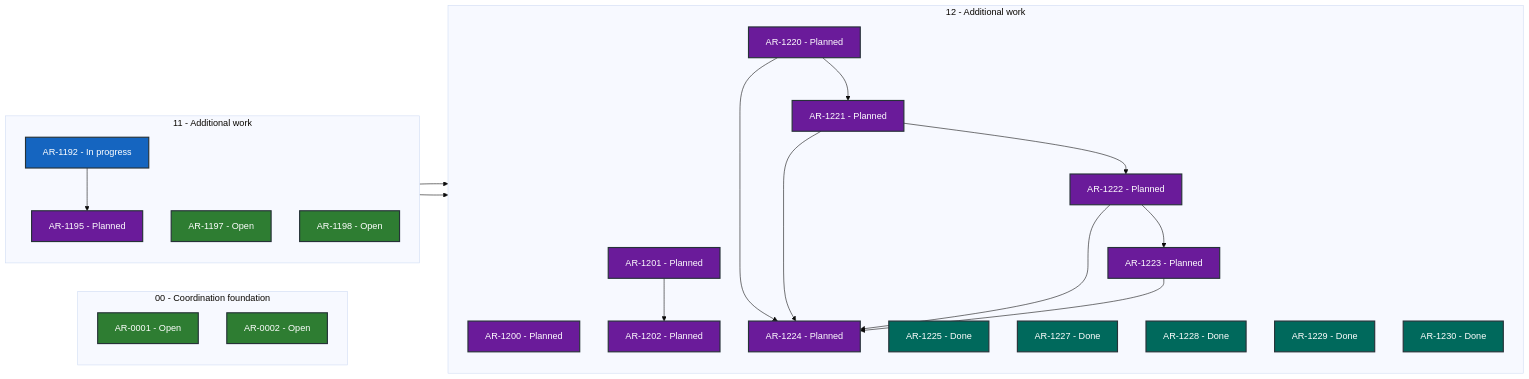
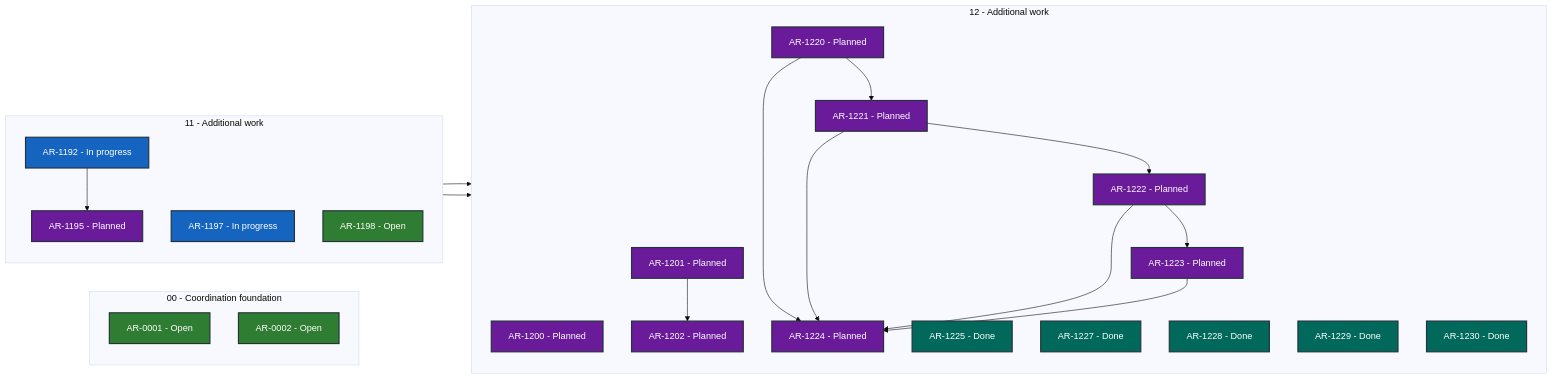
Before and after one commit to martin-beck/asb-tui-state: the diagram in STATUS.md, drawn with Mermaid (base theme). The commit also changed other lines of this file and 2 other files, not shown here.

````diff
--- a/STATUS.md
+++ b/STATUS.md
@@ -27,50 +27,50 @@
 ```mermaid
 flowchart LR
     subgraph series_00["00 - Coordination foundation"]
         direction TB
         AR_0001["AR-0001 - Open"]:::status_open
         AR_0002["AR-0002 - Open"]:::status_open
     end
     subgraph series_11["11 - Additional work"]
         direction TB
         AR_1192["AR-1192 - In progress"]:::status_in_progress
         AR_1195["AR-1195 - Planned"]:::status_planned
-        AR_1197["AR-1197 - Open"]:::status_open
+        AR_1197["AR-1197 - In progress"]:::status_in_progress
         AR_1198["AR-1198 - Open"]:::status_open
     end
     subgraph series_12["12 - Additional work"]
         direction TB
         AR_1200["AR-1200 - Planned"]:::status_planned
         AR_1201["AR-1201 - Planned"]:::status_planned
         AR_1202["AR-1202 - Planned"]:::status_planned
         AR_1220["AR-1220 - Planned"]:::status_planned
         AR_1221["AR-1221 - Planned"]:::status_planned
         AR_1222["AR-1222 - Planned"]:::status_planned
         AR_1223["AR-1223 - Planned"]:::status_planned
         AR_1224["AR-1224 - Planned"]:::status_planned
         AR_1225["AR-1225 - Done"]:::status_done
         AR_1227["AR-1227 - Done"]:::status_done
         AR_1228["AR-1228 - Done"]:::status_done
         AR_1229["AR-1229 - Done"]:::status_done
         AR_1230["AR-1230 - Done"]:::status_done
     end
     AR_1192 --> AR_1195
     AR_1195 --> AR_1200
     AR_1197 --> AR_1201
     AR_1201 --> AR_1202
     AR_1220 --> AR_1221
     AR_1220 --> AR_1224
     AR_1221 --> AR_1222
     AR_1221 --> AR_1224
     AR_1222 --> AR_1223
     AR_1222 --> AR_1224
     AR_1223 --> AR_1224
     classDef status_in_progress fill:#1565c0,color:#ffffff,stroke:#263238,stroke-width:2px
     classDef status_open fill:#2e7d32,color:#ffffff,stroke:#263238,stroke-width:2px
     classDef status_blocked fill:#c62828,color:#ffffff,stroke:#263238,stroke-width:2px
     classDef status_planned fill:#6a1b9a,color:#ffffff,stroke:#263238,stroke-width:2px
     classDef status_future fill:#455a64,color:#ffffff,stroke:#263238,stroke-width:2px
     classDef status_done fill:#00695c,color:#ffffff,stroke:#263238,stroke-width:2px
     classDef status_cancelled fill:#616161,color:#ffffff,stroke:#263238,stroke-width:2px
     classDef status_superseded fill:#5d4037,color:#ffffff,stroke:#263238,stroke-width:2px
 ```
````
